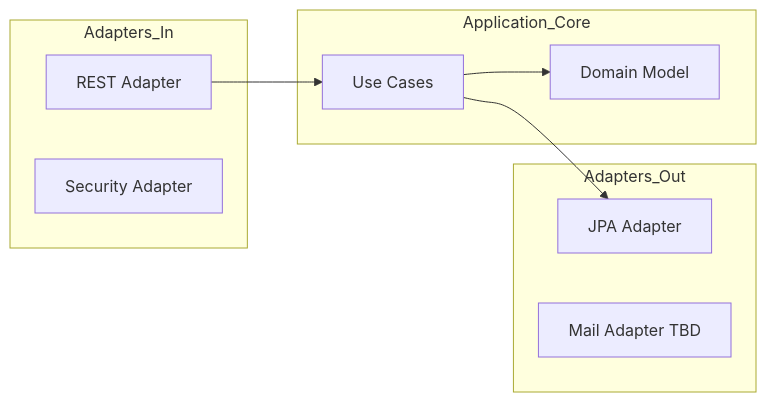
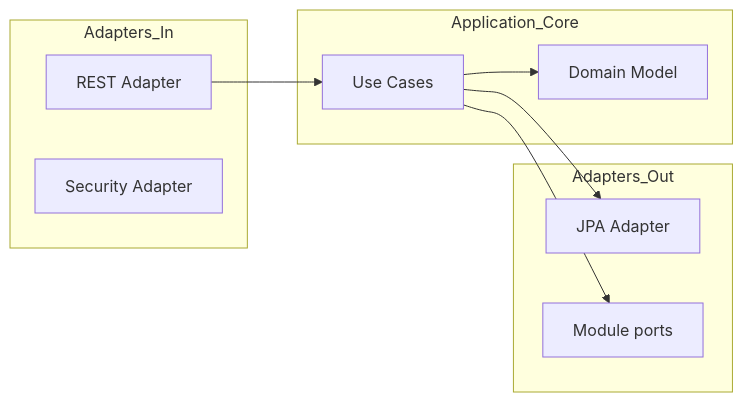
One commit to fdeniz07/RealEstateBackend changed the fourth of 4 diagrams in docs/03-architecture/HLD/HLD-001-containers.md. Above: the diagram before and after it, drawn with Mermaid. The commit also changed other lines of this file and 33 other files, not shown here.

Commit message:
docs(architecture): consolidate architecture documentation baseline

````diff
--- a/docs/03-architecture/HLD/HLD-001-containers.md
+++ b/docs/03-architecture/HLD/HLD-001-containers.md
@@ -46,17 +140,18 @@
 ```mermaid
 flowchart LR
   subgraph Adapters_In
     REST[REST Adapter]
     SECA[Security Adapter]
   end
   subgraph Application_Core
     UC[Use Cases]
     DOM[Domain Model]
   end
   subgraph Adapters_Out
     JPA[JPA Adapter]
-    MAIL[Mail Adapter TBD]
+    PORTS[Module ports]
   end
   REST --> UC --> DOM
+  UC --> PORTS
   UC --> JPA
 ```
````
